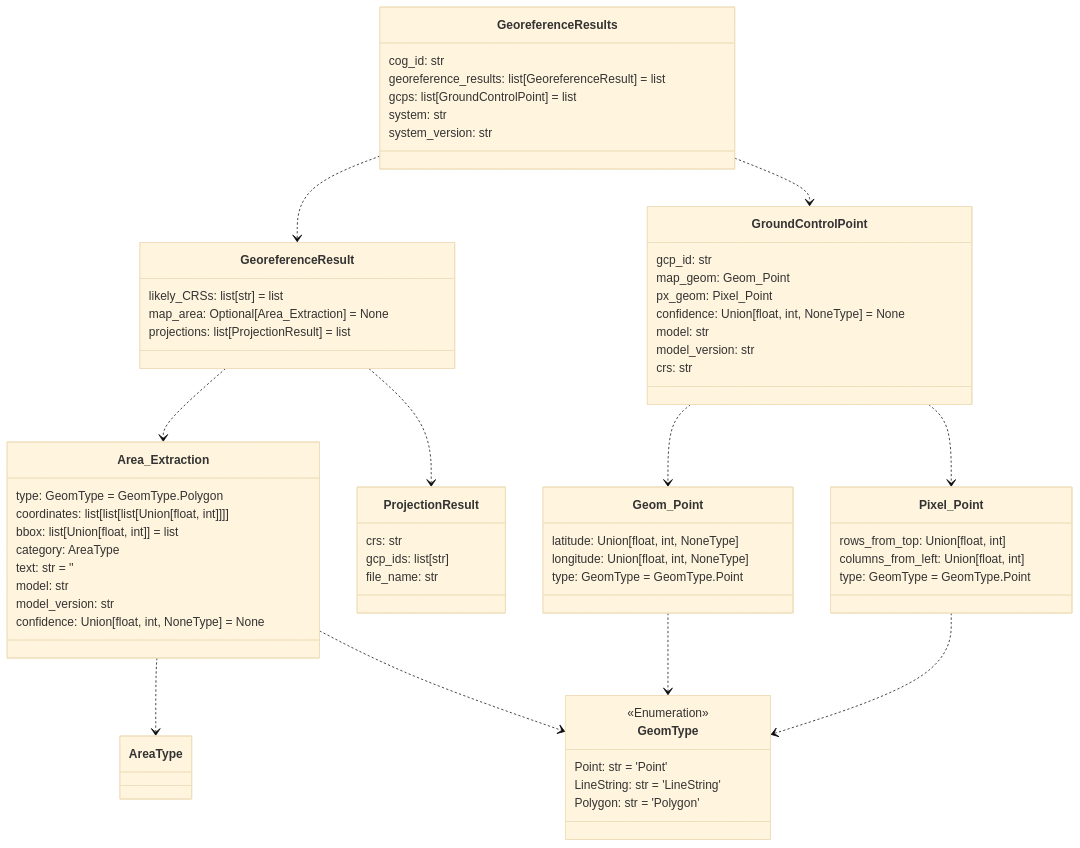
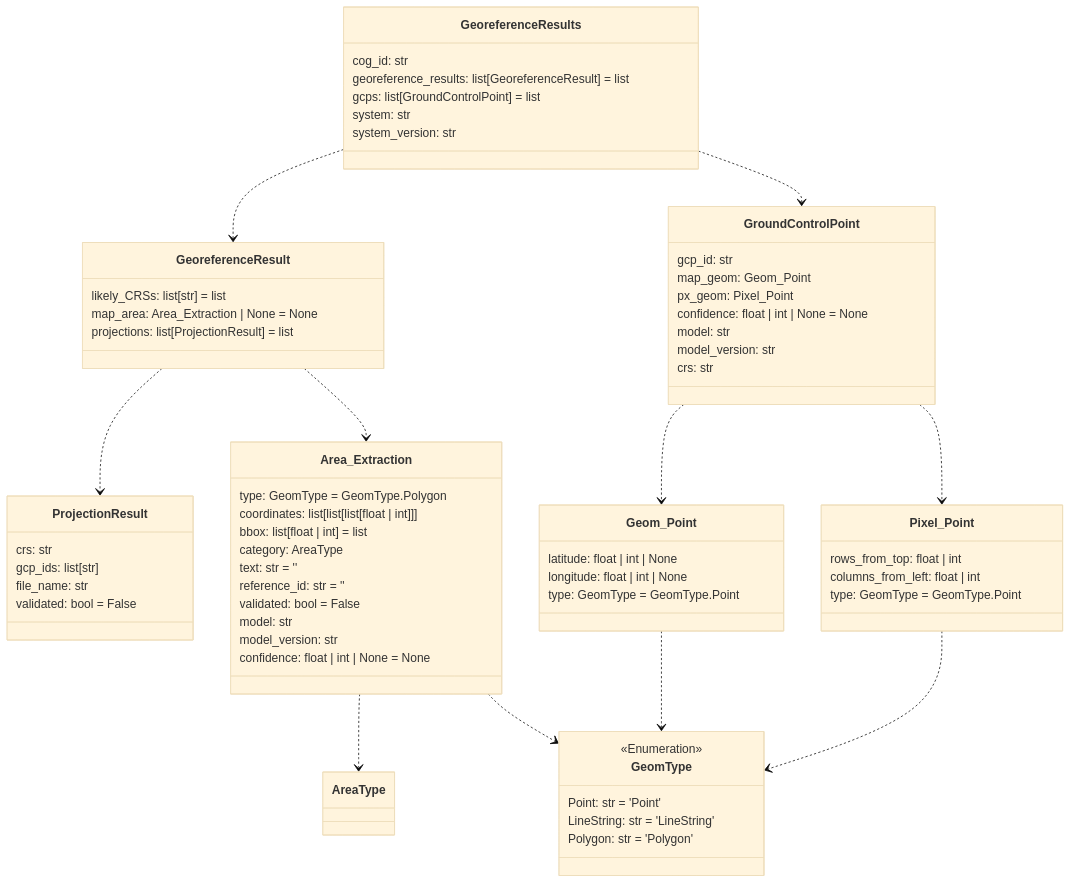
Before and after one commit to DARPA-CRITICALMAAS/cdr_schemas: the second of 12 diagrams in README.md, drawn with Mermaid (base theme). The commit also changed other lines of this file, not shown here.

Commit message:
Update README with new ERD

````diff
--- a/README.md
+++ b/README.md
@@ -113,76 +115,79 @@
 ```mermaid
 classDiagram
 
     class GroundControlPoint {
         gcp_id: str
         map_geom: Geom_Point
         px_geom: Pixel_Point
-        confidence: Union[float, int, NoneType] = None
+        confidence: float | int | None = None
         model: str
         model_version: str
         crs: str
-    }
-
-    class Area_Extraction {
-        type: GeomType = GeomType.Polygon
-        coordinates: list[list[list[Union[float, int]]]]
-        bbox: list[Union[float, int]] = list
-        category: AreaType
-        text: str = ''
-        model: str
-        model_version: str
-        confidence: Union[float, int, NoneType] = None
     }
 
     class ProjectionResult {
         crs: str
         gcp_ids: list[str]
         file_name: str
+        validated: bool = False
     }
 
-    class GeoreferenceResult {
-        likely_CRSs: list[str] = list
-        map_area: Optional[Area_Extraction] = None
-        projections: list[ProjectionResult] = list
+    class Geom_Point {
+        latitude: float | int | None
+        longitude: float | int | None
+        type: GeomType = GeomType.Point
     }
 
-    class GeomType {
-        <<Enumeration>>
-        Point: str = 'Point'
-        LineString: str = 'LineString'
-        Polygon: str = 'Polygon'
-    }
-
-    class Pixel_Point {
-        rows_from_top: Union[float, int]
-        columns_from_left: Union[float, int]
-        type: GeomType = GeomType.Point
+    class Area_Extraction {
+        type: GeomType = GeomType.Polygon
+        coordinates: list[list[list[float | int]]]
+        bbox: list[float | int] = list
+        category: AreaType
+        text: str = ''
+        reference_id: str = ''
+        validated: bool = False
+        model: str
+        model_version: str
+        confidence: float | int | None = None
     }
 
     class GeoreferenceResults {
         cog_id: str
         georeference_results: list[GeoreferenceResult] = list
         gcps: list[GroundControlPoint] = list
         system: str
         system_version: str
     }
 
-    class Geom_Point {
-        latitude: Union[float, int, NoneType]
-        longitude: Union[float, int, NoneType]
+    class GeomType {
+        <<Enumeration>>
+        Point: str = 'Point'
+        LineString: str = 'LineString'
+        Polygon: str = 'Polygon'
+    }
+
+    class GeoreferenceResult {
+        likely_CRSs: list[str] = list
+        map_area: Area_Extraction | None = None
+        projections: list[ProjectionResult] = list
+    }
+
+    class Pixel_Point {
+        rows_from_top: float | int
+        columns_from_left: float | int
         type: GeomType = GeomType.Point
     }
 
     Area_Extraction ..> AreaType
     Area_Extraction ..> GeomType
     Geom_Point ..> GeomType
     Pixel_Point ..> GeomType
     GroundControlPoint ..> Pixel_Point
     GroundControlPoint ..> Geom_Point
+    GeoreferenceResult ..> ProjectionResult
     GeoreferenceResult ..> Area_Extraction
-    GeoreferenceResult ..> ProjectionResult
+    GeoreferenceResults ..> GeoreferenceResult
     GeoreferenceResults ..> GroundControlPoint
-    GeoreferenceResults ..> GeoreferenceResult
 
 
 ```
````
